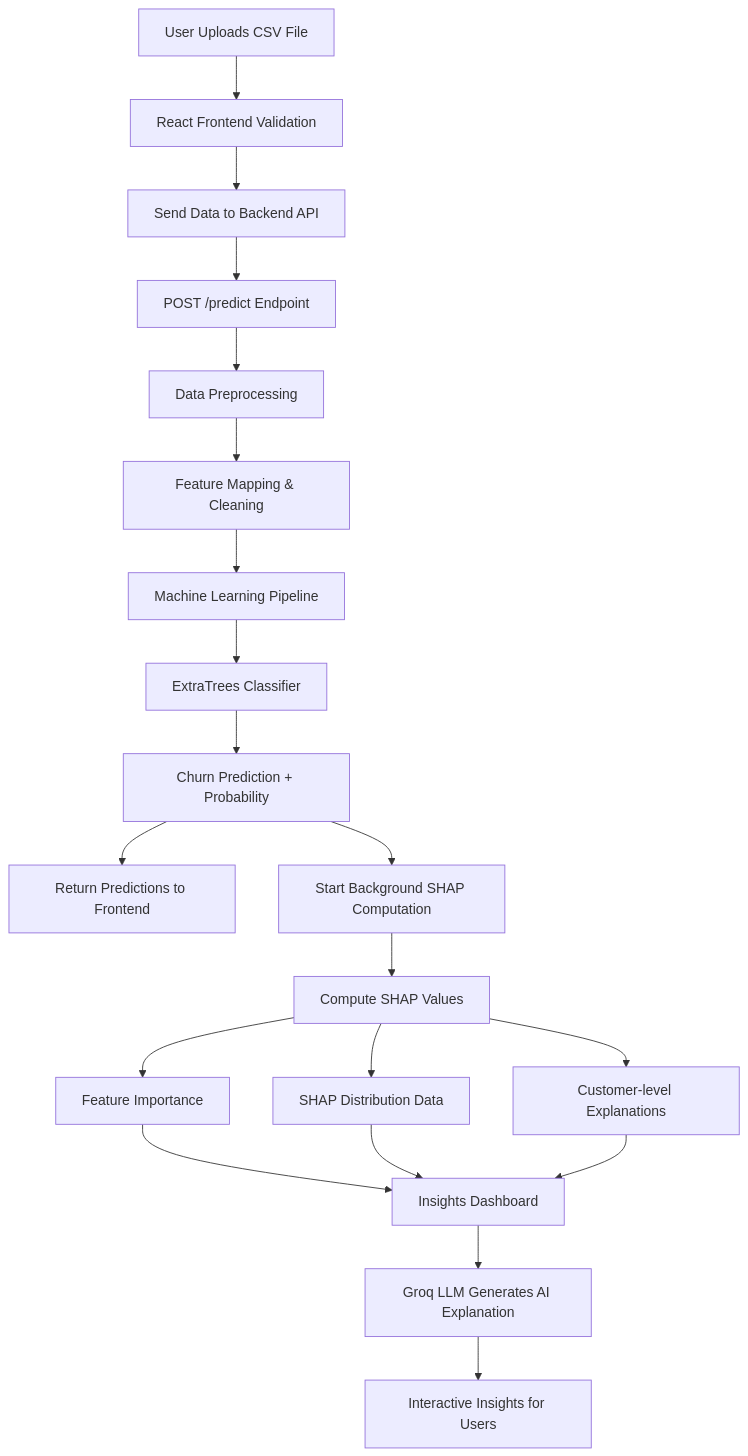
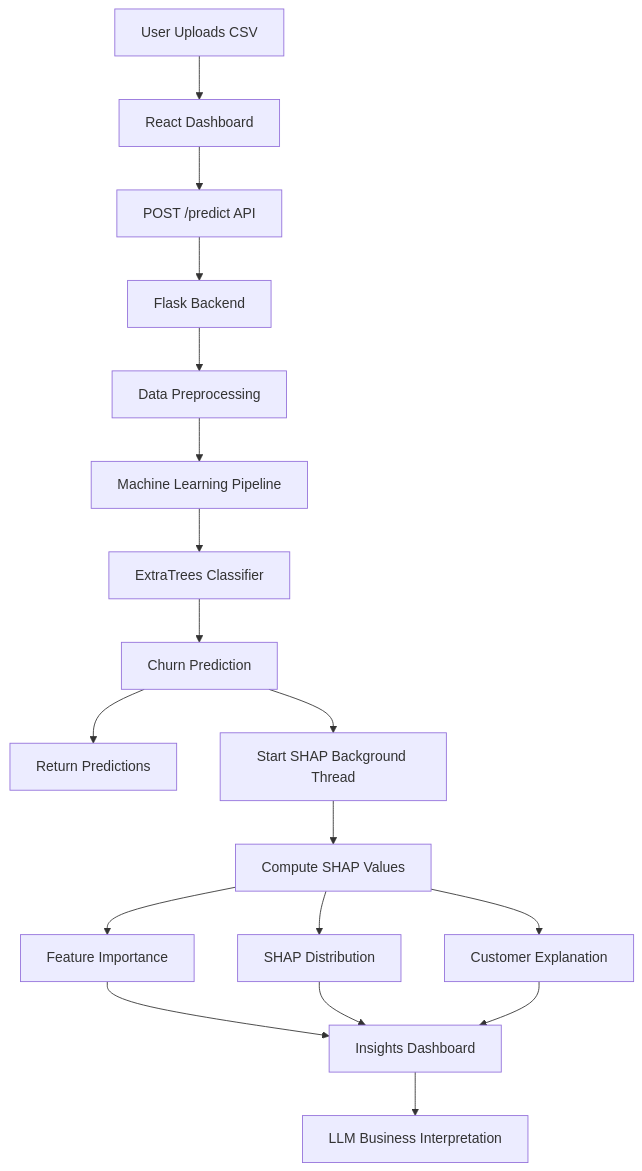
Before and after one commit to ShreyashS19/bank-churn-prediction-ai: the first of 3 diagrams in README.md, drawn with Mermaid. The commit also changed other lines of this file, not shown here.

Commit message:
docs: Update README for clarity and detail on churn prediction system features

````diff
--- a/README.md
+++ b/README.md
@@ -30,34 +37,33 @@
 ```mermaid
 flowchart TD
 
-A[User Uploads CSV File] --> B[React Frontend Validation]
+A[User Uploads CSV] --> B[React Dashboard]
 
-B --> C[Send Data to Backend API]
-C --> D[POST /predict Endpoint]
+B --> C[POST /predict API]
+
+C --> D[Flask Backend]
 
 D --> E[Data Preprocessing]
-E --> F[Feature Mapping & Cleaning]
 
-F --> G[Machine Learning Pipeline]
-G --> H[ExtraTrees Classifier]
+E --> F[Machine Learning Pipeline]
 
-H --> I[Churn Prediction + Probability]
+F --> G[ExtraTrees Classifier]
 
-I --> J[Return Predictions to Frontend]
+G --> H[Churn Prediction]
 
-I --> K[Start Background SHAP Computation]
+H --> I[Return Predictions]
 
-K --> L[Compute SHAP Values]
+H --> J[Start SHAP Background Thread]
 
-L --> M[Feature Importance]
-L --> N[SHAP Distribution Data]
-L --> O[Customer-level Explanations]
+J --> K[Compute SHAP Values]
 
-M --> P[Insights Dashboard]
-N --> P
-O --> P
+K --> L[Feature Importance]
+K --> M[SHAP Distribution]
+K --> N[Customer Explanation]
 
-P --> Q[Groq LLM Generates AI Explanation]
+L --> O[Insights Dashboard]
+M --> O
+N --> O
 
-Q --> R[Interactive Insights for Users]
+O --> P[LLM Business Interpretation]
 ```
````
